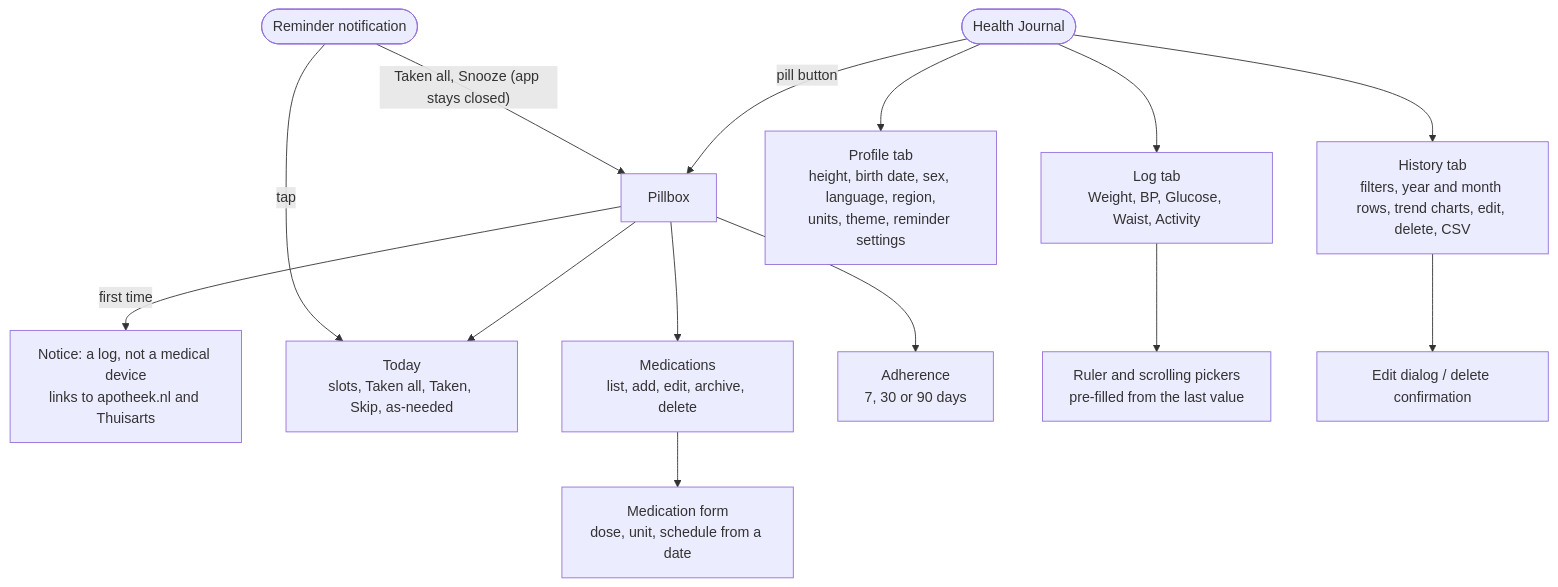
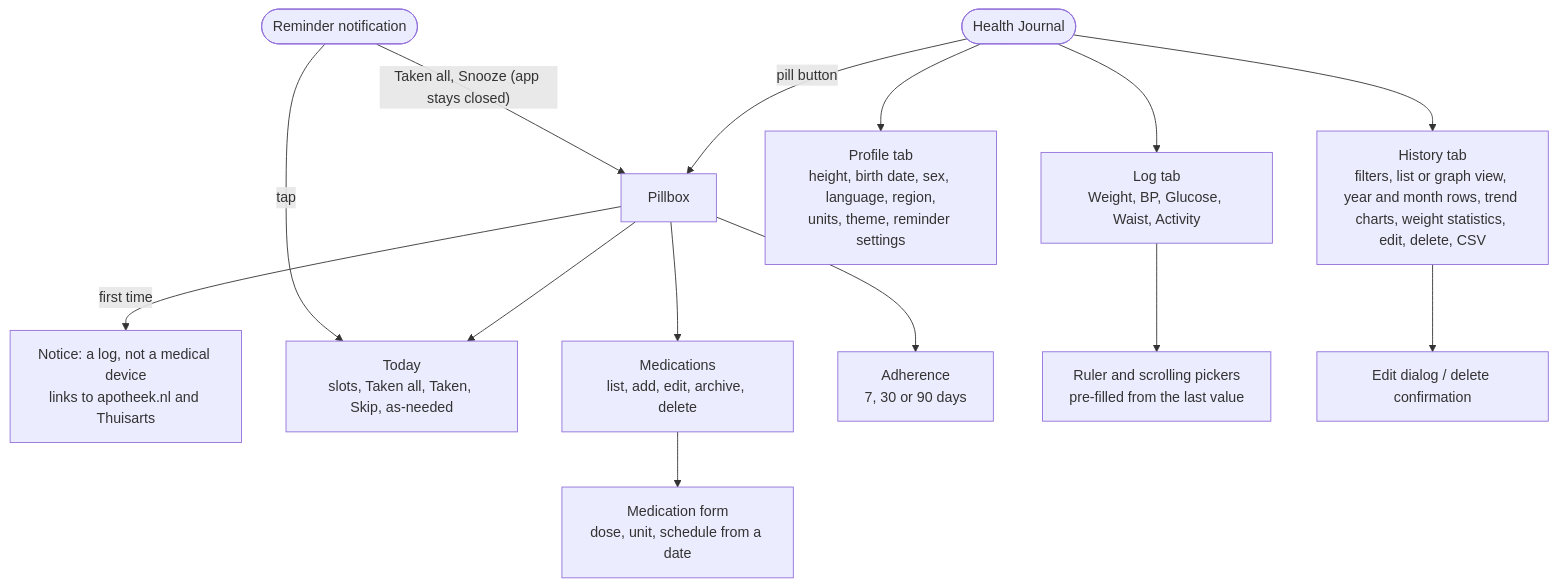
One commit to mannetje/health_journal changed the first of 3 diagrams in docs/dev/design.md. Above: the diagram before and after it, drawn with Mermaid. The commit also changed other lines of this file and 14 other files, not shown here.

Commit message:
feat(app): History graph view and weight statistics

````diff
--- a/docs/dev/design.md
+++ b/docs/dev/design.md
@@ -32,16 +32,16 @@
 ```mermaid
 flowchart TD
     APP(["Health Journal"]) --> LOG["Log tab<br/>Weight, BP, Glucose, Waist, Activity"]
-    APP --> HIST["History tab<br/>filters, year and month rows, trend charts, edit, delete, CSV"]
+    APP --> HIST["History tab<br/>filters, list or graph view, year and month rows, trend charts, weight statistics, edit, delete, CSV"]
     APP --> PROF["Profile tab<br/>height, birth date, sex, language, region,<br/>units, theme, reminder settings"]
     APP -->|"pill button"| PILL["Pillbox"]
     PILL -->|"first time"| NOTICE["Notice: a log, not a medical device<br/>links to apotheek.nl and Thuisarts"]
     PILL --> TODAY["Today<br/>slots, Taken all, Taken, Skip, as-needed"]
     PILL --> MEDS["Medications<br/>list, add, edit, archive, delete"]
     PILL --> ADH["Adherence<br/>7, 30 or 90 days"]
     MEDS --> EDIT["Medication form<br/>dose, unit, schedule from a date"]
     LOG --> PICK["Ruler and scrolling pickers<br/>pre-filled from the last value"]
     HIST --> DLG["Edit dialog / delete confirmation"]
     NOTIF(["Reminder notification"]) -->|"tap"| TODAY
     NOTIF -->|"Taken all, Snooze (app stays closed)"| PILL
 ```
````
